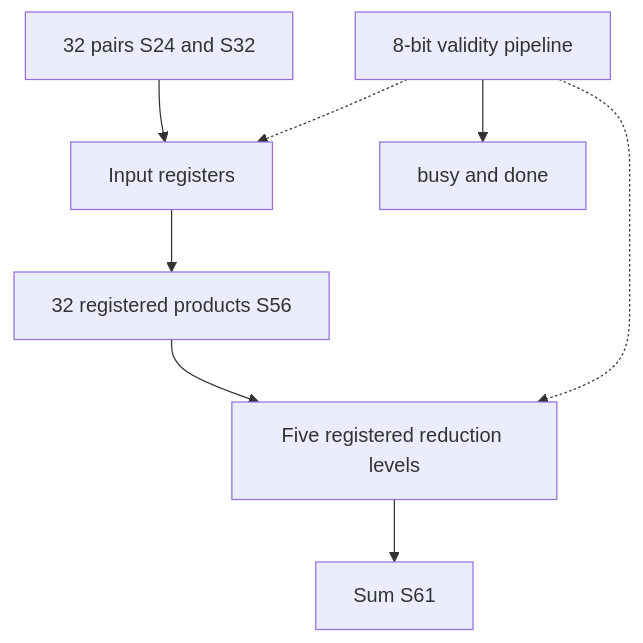
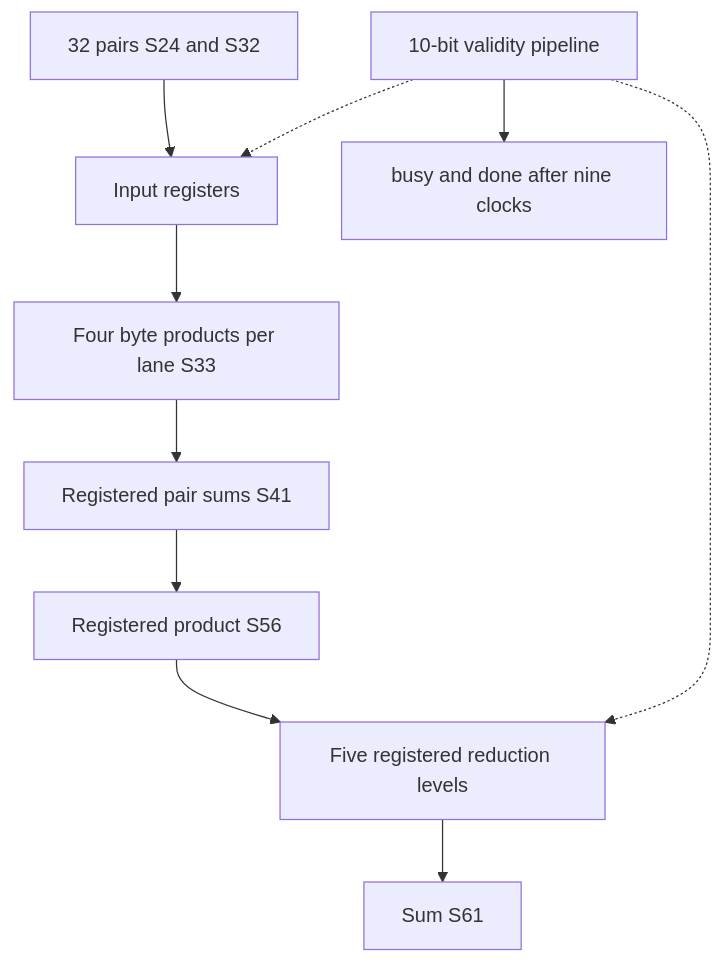
The diagram in docs/source_guide/blocks/llm_math.sv.md (nguyennhutkhanhtom/NPU), drawn with Mermaid before and after one commit. The commit also changed other lines of this file and 167 other files, not shown here.

````diff
--- a/docs/source_guide/blocks/llm_math.sv.md
+++ b/docs/source_guide/blocks/llm_math.sv.md
@@ -13,10 +13,12 @@
 ```mermaid
 flowchart TB
     IN[32 pairs S24 and S32] --> CAP[Input registers]
-    CAP --> MUL[32 registered products S56]
-    MUL --> TREE[Five registered reduction levels]
+    CAP --> MUL[Four byte products per lane S33]
+    MUL --> PAIR[Registered pair sums S41]
+    PAIR --> PRODUCT[Registered product S56]
+    PRODUCT --> TREE[Five registered reduction levels]
     TREE --> SUM[Sum S61]
-    CTRL[8-bit validity pipeline] -.-> CAP
+    CTRL[10-bit validity pipeline] -.-> CAP
     CTRL -.-> TREE
-    CTRL --> DONE[busy and done]
+    CTRL --> DONE[busy and done after nine clocks]
 ```
````
